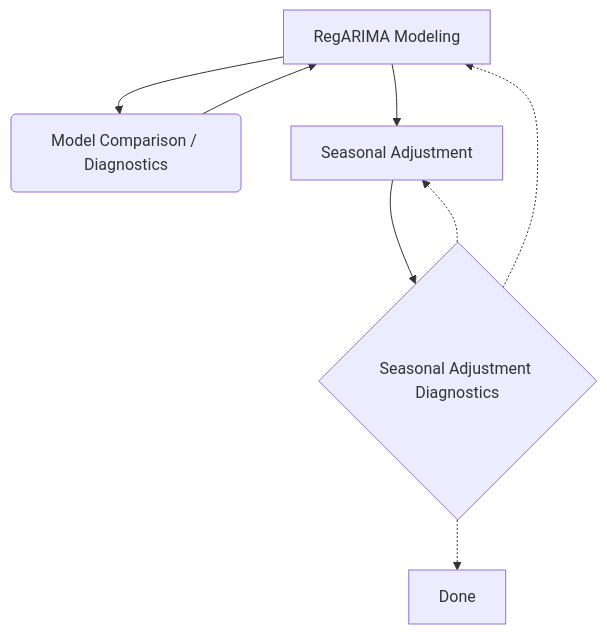
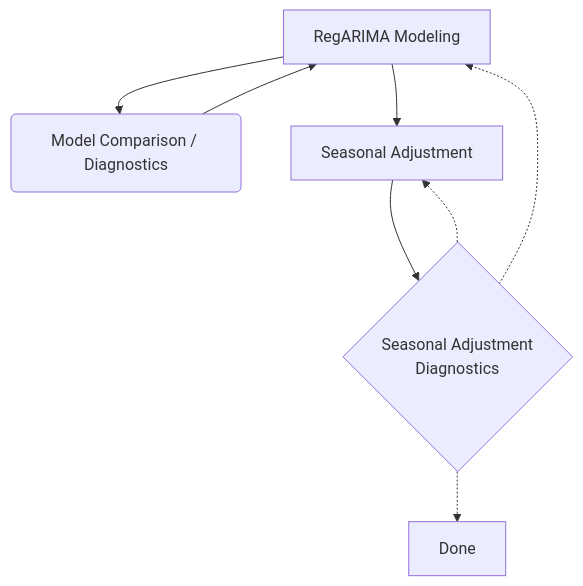
The diagram in 50-part-quality-assessment.qmd (christophsax/seasonalbook.content), drawn with Mermaid before and after one commit. The commit also changed other lines of this file and 2 other files, not shown here.

Commit message:
upd and status change

````diff
--- a/50-part-quality-assessment.qmd
+++ b/50-part-quality-assessment.qmd
@@ -24,10 +24,10 @@
 ```{mermaid}
 flowchart TD
   A[RegARIMA Modeling] --> B(Model Comparison / Diagnostics)
   B --> A
   A --> C[Seasonal Adjustment]
-  C --> D{Seasonal Adjustment Diagnostics}
+  C --> D{Seasonal Adjustment <br/> Diagnostics}
   D -.-> C
   D -.-> A
   D -.-> E[Done]
 ```
````
